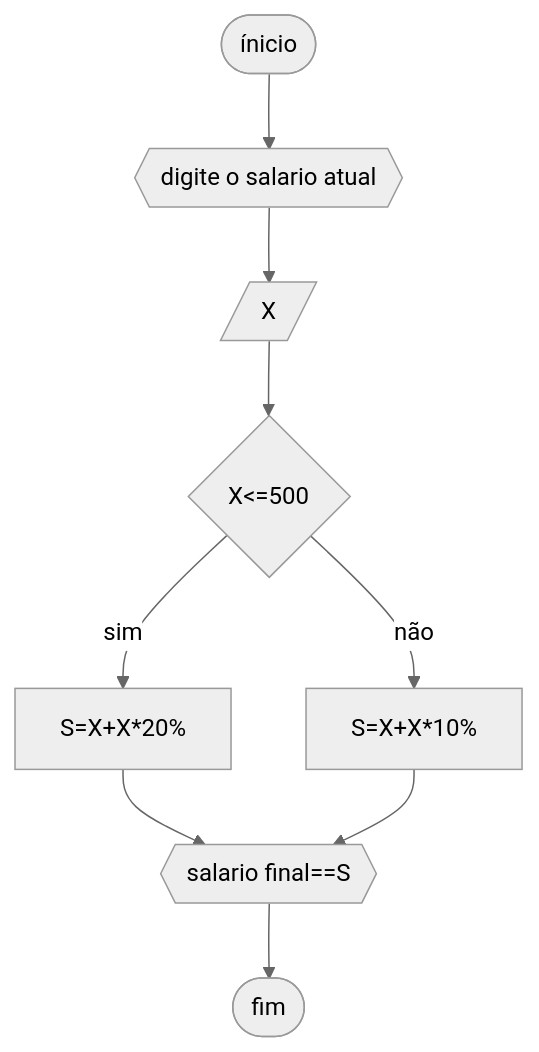
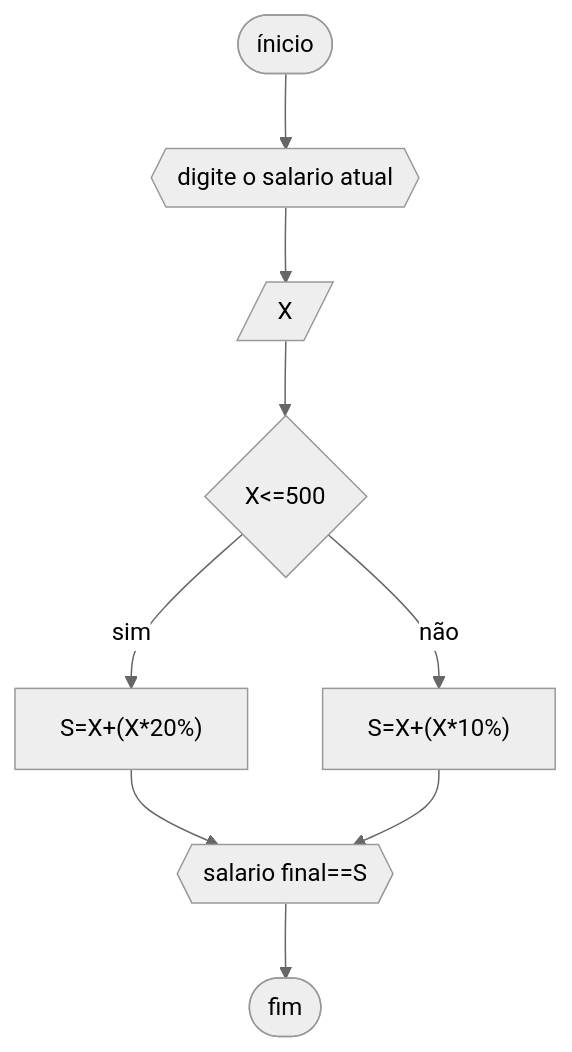
The second of 4 diagrams in RLA/Unid1/RLA3/lista1.md (yeesusu/UNIFOR), drawn with Mermaid (neutral theme) before and after one commit.

````diff
--- a/RLA/Unid1/RLA3/lista1.md
+++ b/RLA/Unid1/RLA3/lista1.md
@@ -61,11 +61,11 @@
 ```mermaid 
 flowchart TD
 A([ínicio])-->B{{"digite o salario atual"}}
 B-->C[/X/]
 C-->D{X<=500}
-D--sim-->E[S=X+X*20%]
-D--não -->F[S=X+X*10%]
+D--sim-->E["S=X+(X*20%)"]
+D--não -->F["S=X+(X*10%)"]
 E-->G{{salario final==S}}
 F-->G
 G-->H([fim])
 ```
````
